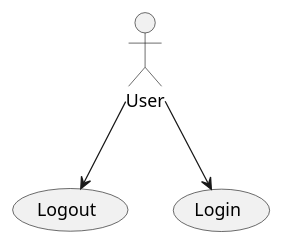
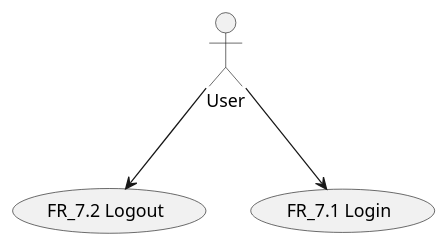
The ninth of 11 diagrams in Deliverables/RequirementsDocument.md (Stormz4/group20-EzShop), drawn with PlantUML before and after one commit. The commit also changed other lines of this file and 1 other file, not shown here.

Commit message:
Doc: Modified use case diagrams and matched the FRs with the use cases

````diff
--- a/Deliverables/RequirementsDocument.md
+++ b/Deliverables/RequirementsDocument.md
@@ -353,8 +355,8 @@
 ```plantuml
 @startuml
 
-:User: --> (Logout)
-:User: --> (Login)
+:User: --> (FR_7.2 Logout)
+:User: --> (FR_7.1 Login)
 
 @enduml
 ```
````
